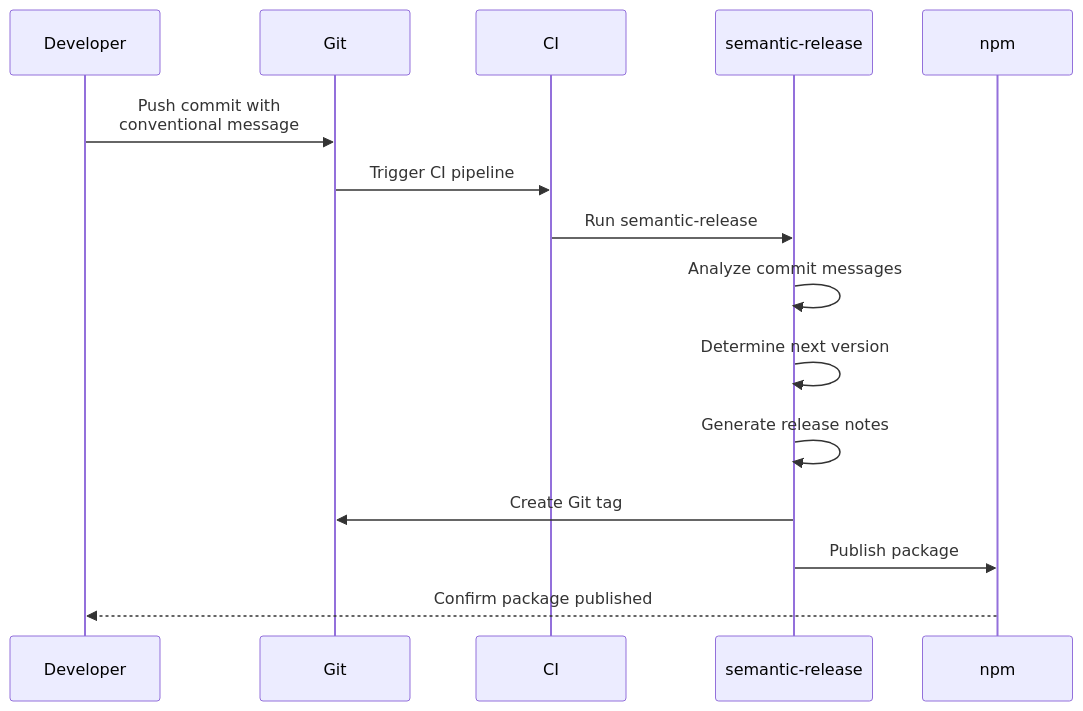
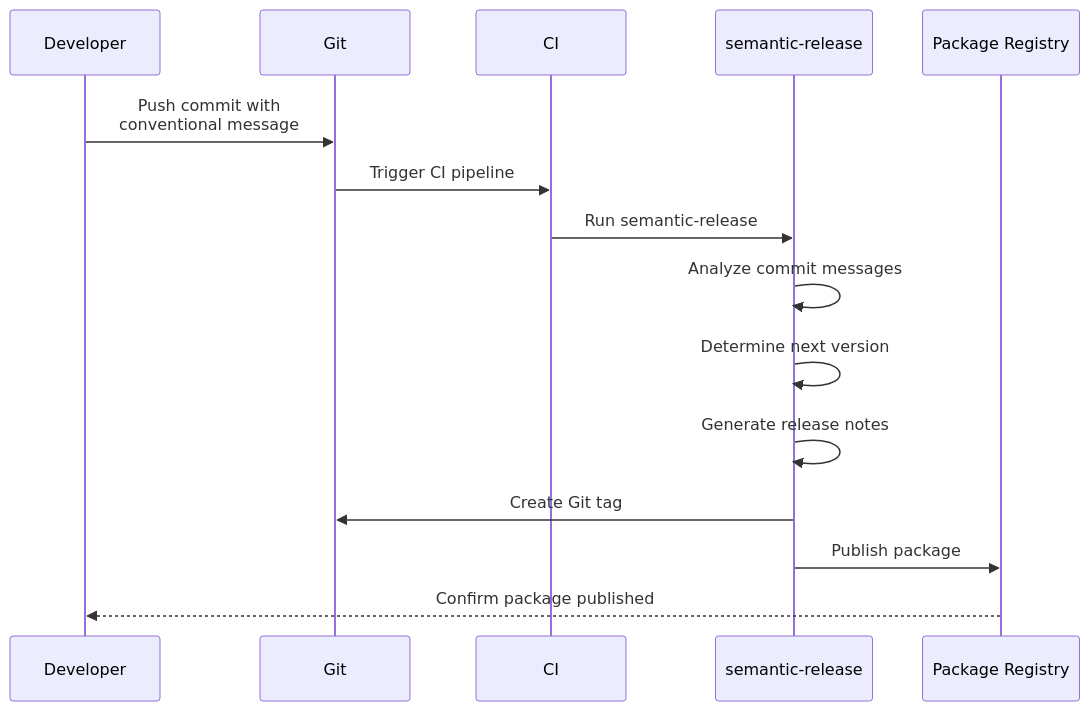
One commit to onajourney/onajourney.github.io changed the diagram in content/notes/abstracting-complexity/packages.md. Above: the diagram before and after it, drawn with Mermaid. The commit also changed other lines of this file and 1 other file, not shown here.

Commit message:
published package notes, updated theme color for code background

````diff
--- a/content/notes/abstracting-complexity/packages.md
+++ b/content/notes/abstracting-complexity/packages.md
@@ -36,17 +11,17 @@
 ```mermaid
 sequenceDiagram
     participant Developer
     participant Git
     participant CI
     participant semantic-release
-    participant npm
+    participant Package Registry
     Developer->>Git: Push commit with<br/>conventional message
     Git->>CI: Trigger CI pipeline
     CI->>semantic-release: Run semantic-release
     semantic-release->>semantic-release: Analyze commit messages
     semantic-release->>semantic-release: Determine next version
     semantic-release->>semantic-release: Generate release notes
     semantic-release->>Git: Create Git tag
-    semantic-release->>npm: Publish package
-    npm-->>Developer: Confirm package published
+    semantic-release->>Package Registry: Publish package
+    Package Registry-->>Developer: Confirm package published
 ```
````
